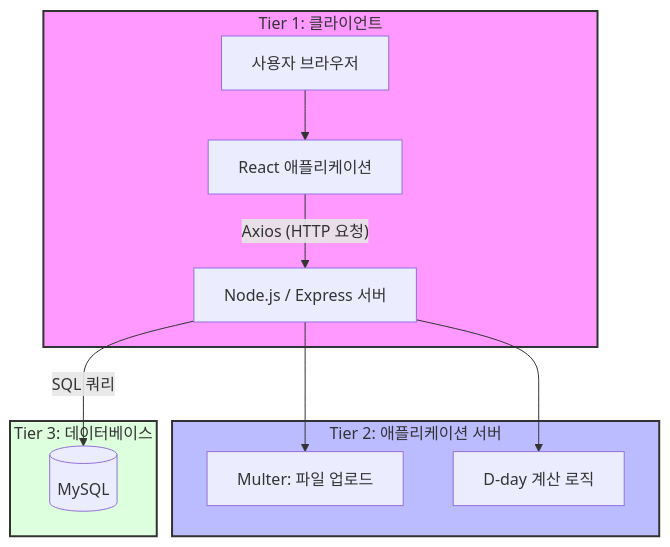
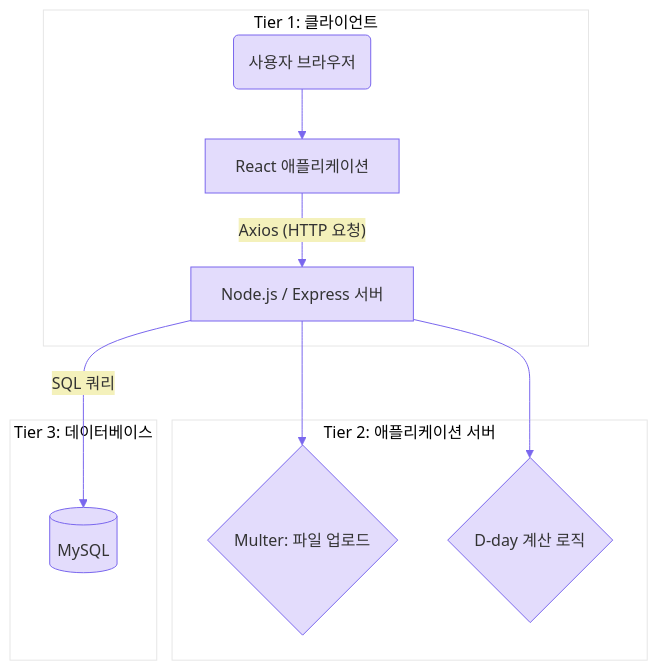
The fourth of 4 diagrams in README.md (bina1216/kanban-project), drawn with Mermaid before and after one commit.

````diff
--- a/README.md
+++ b/README.md
@@ -197,21 +197,21 @@
 ```mermaid
 graph TD
+    %%{init: {'theme': 'base', 'themeVariables': { 'primaryColor': '#e3dcfc', 'primaryTextColor': '#333', 'primaryBorderColor': '#7a67ee', 'lineColor': '#7a67ee', 'secondaryColor': '#f4f1bb', 'tertiaryColor': '#fff'}}}%%
+
     subgraph Tier1 [Tier 1: 클라이언트]
-        A[사용자 브라우저] --> B[React 애플리케이션]
+        A(사용자 브라우저) --> B[React 애플리케이션]
         B -- "Axios (HTTP 요청)" --> C
     end
 
     subgraph Tier2 [Tier 2: 애플리케이션 서버]
         C[Node.js / Express 서버]
-        C --> D[Multer: 파일 업로드]
-        C --> E[D-day 계산 로직]
+        C --> D{Multer: 파일 업로드}
+        C --> E{D-day 계산 로직}
     end
 
     subgraph Tier3 [Tier 3: 데이터베이스]
         C -- "SQL 쿼리" --> F[(MySQL)]
     end
 
-    style Tier1 fill:#f9f,stroke:#333,stroke-width:2px
-    style Tier2 fill:#bbf,stroke:#333,stroke-width:2px
-    style Tier3 fill:#dfd,stroke:#333,stroke-width:2px
+    %% 억지로 원색 fill을 주지 않고 테마에 맡김
 ```
````
